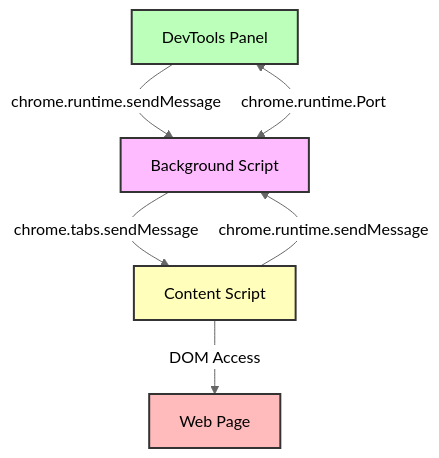
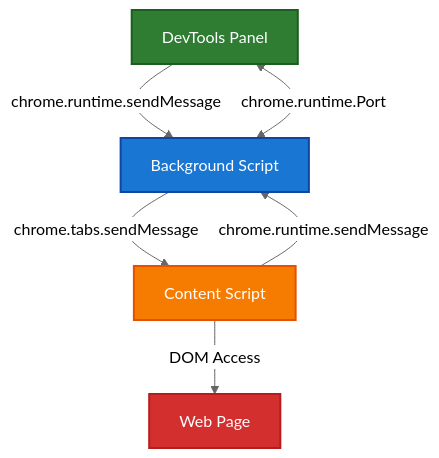
Before and after one commit to unacau/kapture: the first of 3 diagrams in extension/README.md, drawn with Mermaid (neutral theme).

Commit message:
Improve mermaid diagram colors for better text readability
- Use darker backgrounds with white text for better contrast
- DevTools Panel: green (#2e7d32)
- Background Script: blue (#1976d2)
- Content Script: orange (#f57c00)
- Web Page: red (#d32f2f)

````diff
--- a/extension/README.md
+++ b/extension/README.md
@@ -25,13 +25,13 @@
 ```mermaid
 graph TD
     DP[DevTools Panel] -->|chrome.runtime.sendMessage| BG[Background Script]
     BG <-->|chrome.runtime.Port| DP
     BG -->|chrome.tabs.sendMessage| CS[Content Script]
     CS -->|DOM Access| WP[Web Page]
     CS -->|chrome.runtime.sendMessage| BG
     
-    style DP fill:#bfb,stroke:#333,stroke-width:2px
-    style BG fill:#fbf,stroke:#333,stroke-width:2px
-    style CS fill:#ffb,stroke:#333,stroke-width:2px
-    style WP fill:#fbb,stroke:#333,stroke-width:2px
+    style DP fill:#2e7d32,stroke:#1b5e20,stroke-width:2px,color:#fff
+    style BG fill:#1976d2,stroke:#0d47a1,stroke-width:2px,color:#fff
+    style CS fill:#f57c00,stroke:#e65100,stroke-width:2px,color:#fff
+    style WP fill:#d32f2f,stroke:#b71c1c,stroke-width:2px,color:#fff
 ```
````
